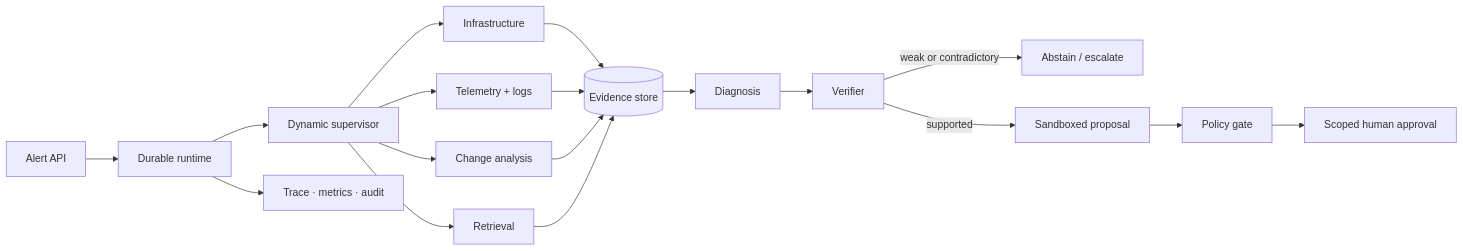
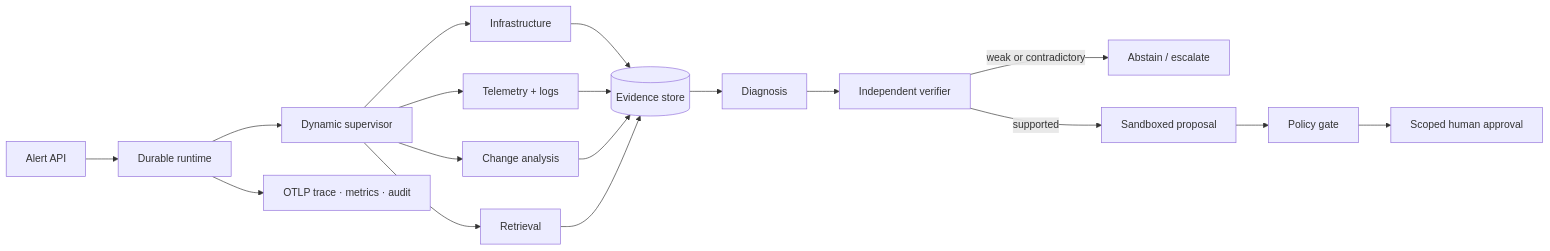
The diagram in README.md (JagjotB/Sentinel), drawn with Mermaid before and after one commit. The commit also changed other lines of this file and 9 other files, not shown here.

````diff
--- a/README.md
+++ b/README.md
@@ -34,17 +52,17 @@
 ```mermaid
 flowchart LR
   A[Alert API] --> R[Durable runtime]
   R --> S[Dynamic supervisor]
   S --> I[Infrastructure]
   S --> T[Telemetry + logs]
   S --> C[Change analysis]
   S --> K[Retrieval]
   I & T & C & K --> E[(Evidence store)]
   E --> D[Diagnosis]
-  D --> V[Verifier]
+  D --> V[Independent verifier]
   V -->|weak or contradictory| X[Abstain / escalate]
   V -->|supported| P[Sandboxed proposal]
   P --> G[Policy gate]
   G --> H[Scoped human approval]
-  R --> O[Trace · metrics · audit]
+  R --> O[OTLP trace · metrics · audit]
 ```
````
